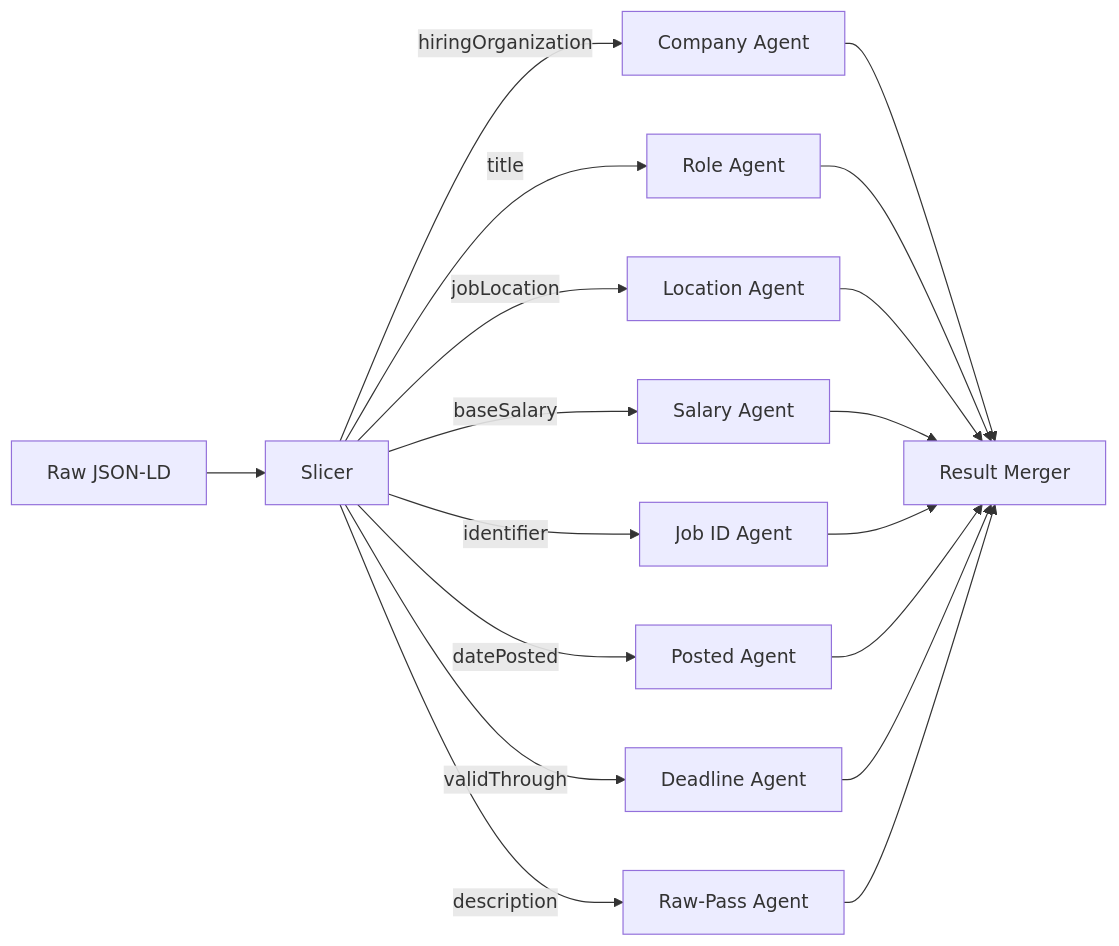
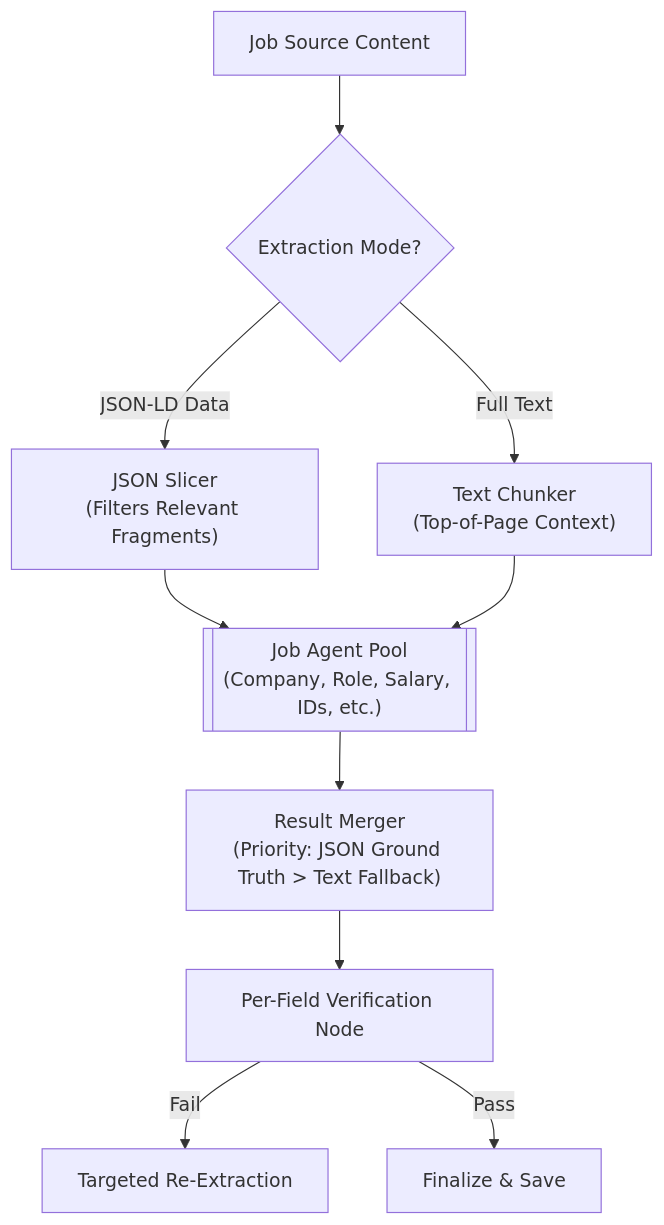
The second of 2 diagrams in backend/README.md (yicheinchang/lard), drawn with Mermaid before and after one commit. The commit also changed other lines of this file, not shown here.

Commit message:
docs(ai): fix readme corruption and refine extraction diagrams

````diff
--- a/backend/README.md
+++ b/backend/README.md
@@ -116,14 +116,15 @@
 ```mermaid
-graph LR
-    LD["Raw JSON-LD"] --> S["Slicer"]
-    S -- "hiringOrganization" --> C["Company Agent"]
-    S -- "title" --> R["Role Agent"]
-    S -- "jobLocation" --> L["Location Agent"]
-    S -- "baseSalary" --> Sal["Salary Agent"]
-    S -- "identifier" --> ID["Job ID Agent"]
-    S -- "datePosted" --> P["Posted Agent"]
-    S -- "validThrough" --> DL["Deadline Agent"]
-    S -- "description" --> Desc["Raw-Pass Agent"]
+graph TD
+    Source["Job Source Content"] --> Mode{"Extraction Mode?"}
     
-    C & R & L & Sal & ID & P & DL & Desc --> M["Result Merger"]
+    Mode -- "JSON-LD Data" --> Slicer["JSON Slicer<br/>(Filters Relevant Fragments)"]
+    Mode -- "Full Text" --> Chunker["Text Chunker<br/>(Top-of-Page Context)"]
+    
+    Slicer --> AgentPool[["Job Agent Pool<br/>(Company, Role, Salary, IDs, etc.)"]]
+    Chunker --> AgentPool
+    
+    AgentPool --> Merger["Result Merger<br/>(Priority: JSON Ground Truth > Text Fallback)"]
+    Merger --> Validation["Per-Field Verification Node"]
+    Validation -- "Fail" --> Fallback["Targeted Re-Extraction"]
+    Validation -- "Pass" --> Final["Finalize & Save"]
 ```
````
